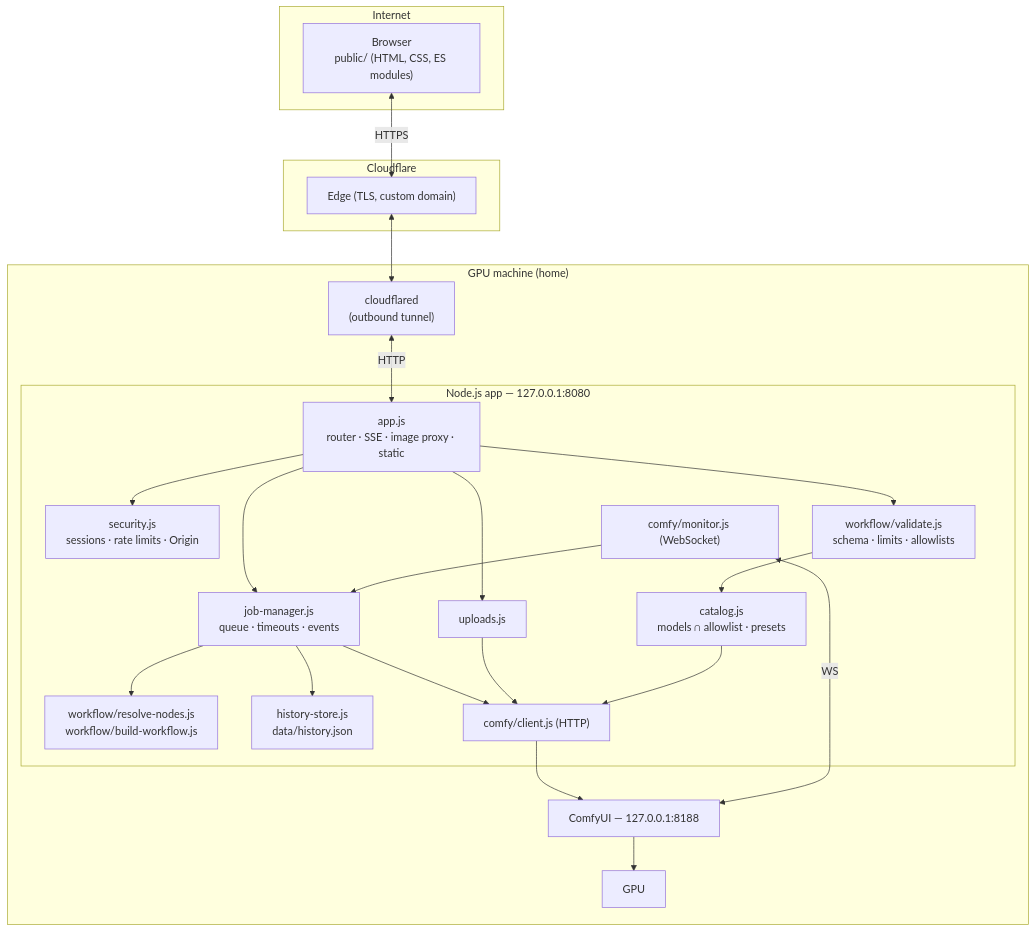
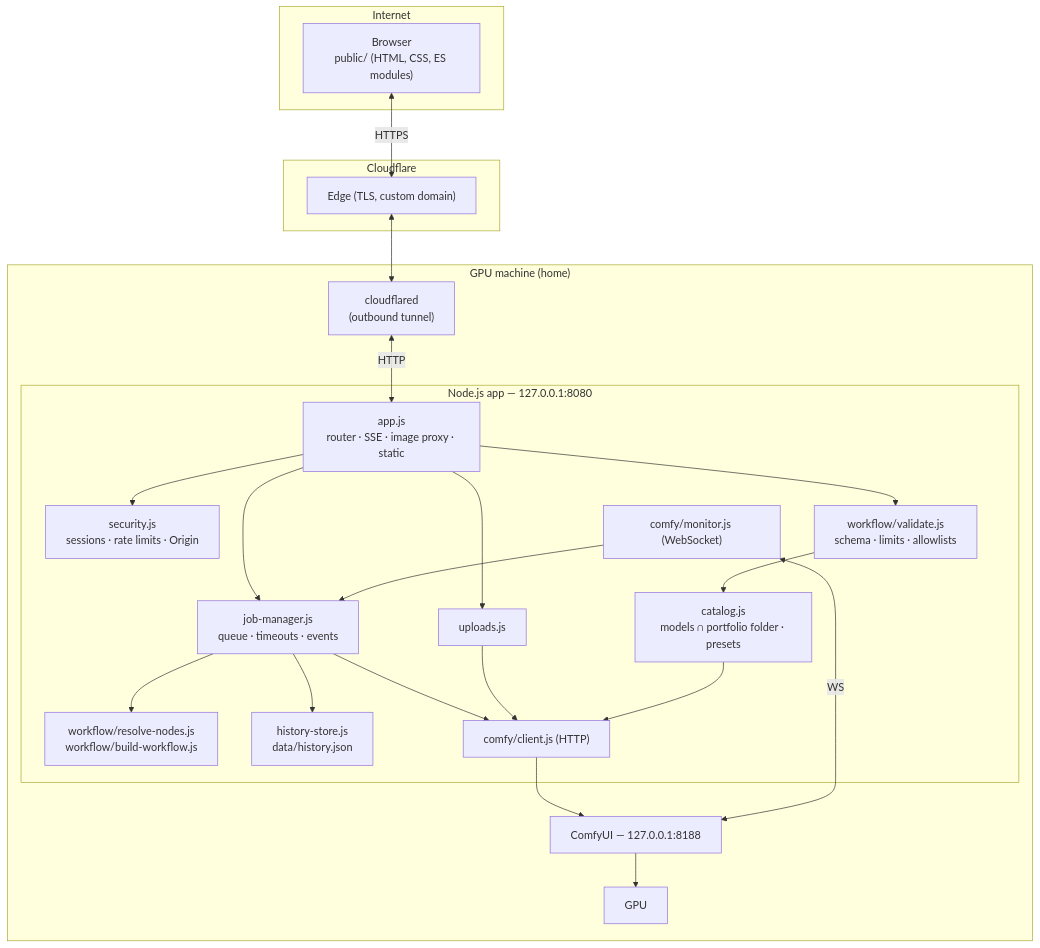
Before and after one commit to Bong0524/comfyui-mobile-studio: the first of 3 diagrams in docs/architecture.en.md, drawn with Mermaid. The commit also changed other lines of this file and 13 other files, not shown here.

First line of the commit message:
Add dedicated portfolio model folder (MODEL_LIST_MODE=folder)

````diff
--- a/docs/architecture.en.md
+++ b/docs/architecture.en.md
@@ -9,38 +9,38 @@
 ```mermaid
 flowchart TB
     subgraph Internet
         B["Browser<br/>public/ (HTML, CSS, ES modules)"]
     end
     subgraph Cloudflare
         E["Edge (TLS, custom domain)"]
     end
     subgraph Host["GPU machine (home)"]
         T["cloudflared<br/>(outbound tunnel)"]
         subgraph App["Node.js app — 127.0.0.1:8080"]
             R["app.js<br/>router · SSE · image proxy · static"]
             S["security.js<br/>sessions · rate limits · Origin"]
             V["workflow/validate.js<br/>schema · limits · allowlists"]
             W["workflow/resolve-nodes.js<br/>workflow/build-workflow.js"]
             J["job-manager.js<br/>queue · timeouts · events"]
-            K["catalog.js<br/>models ∩ allowlist · presets"]
+            K["catalog.js<br/>models ∩ portfolio folder · presets"]
             H["history-store.js<br/>data/history.json"]
             UP["uploads.js"]
             CC["comfy/client.js (HTTP)"]
             CM["comfy/monitor.js (WebSocket)"]
         end
         C["ComfyUI — 127.0.0.1:8188"]
         G["GPU"]
     end
 
     B <-->|HTTPS| E <--> T <-->|HTTP| R
     R --> S
     R --> V --> K
     R --> J --> W
     J --> CC --> C
     CM <-->|WS| C
     CM --> J
     J --> H
     R --> UP --> CC
     K --> CC
     C --> G
 ```
````
